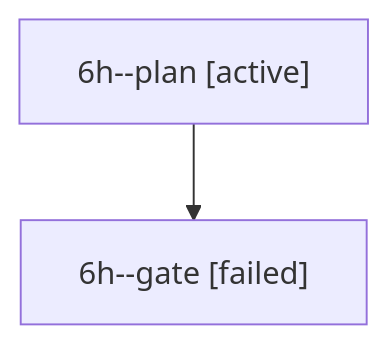
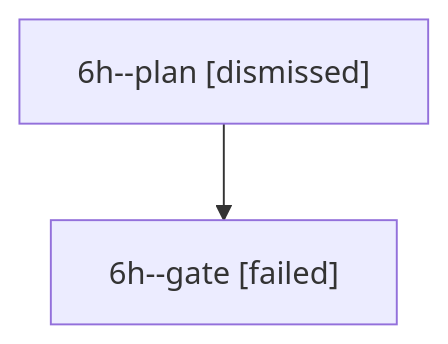
The diagram in sessions/bbugyi200.athena.6h.md (sase-org/sase--agents), drawn with Mermaid before and after one commit. The commit also changed other lines of this file and 17 other files, not shown here.

````diff
--- a/sessions/bbugyi200.athena.6h.md
+++ b/sessions/bbugyi200.athena.6h.md
@@ -9,6 +9,6 @@
 ```mermaid
 flowchart TD
-  n0["6h--plan [active]"]
+  n0["6h--plan [dismissed]"]
   n1["6h--gate [failed]"]
   n0 --> n1
 ```
````
